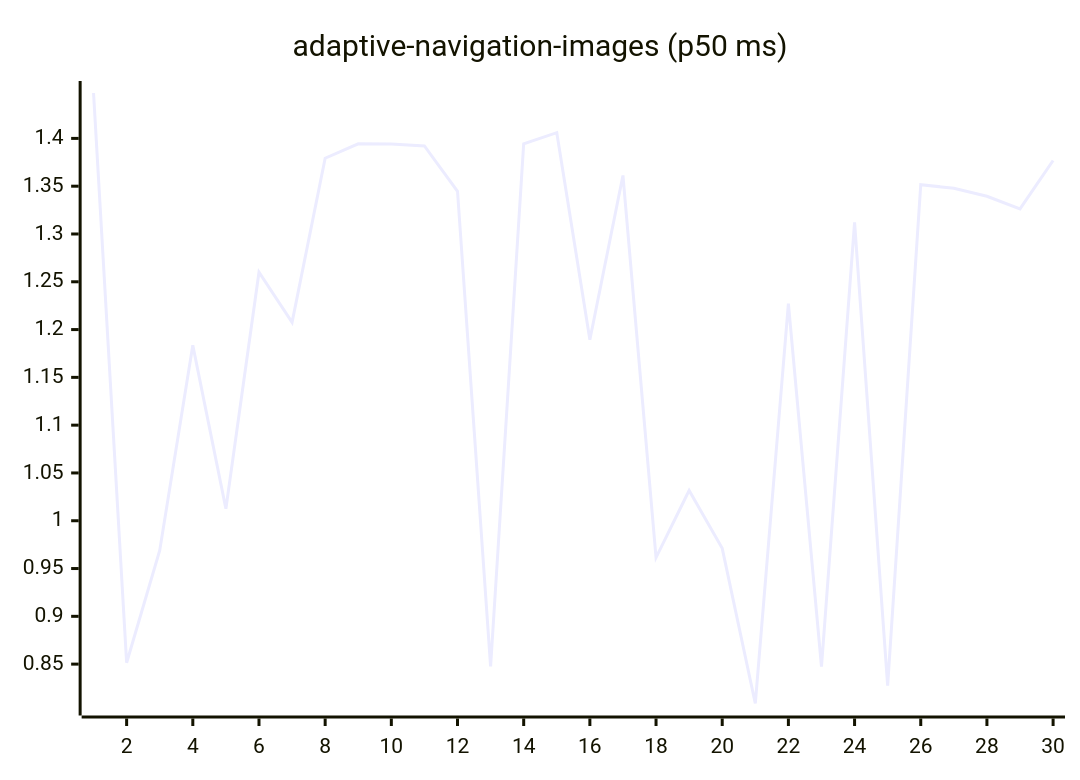
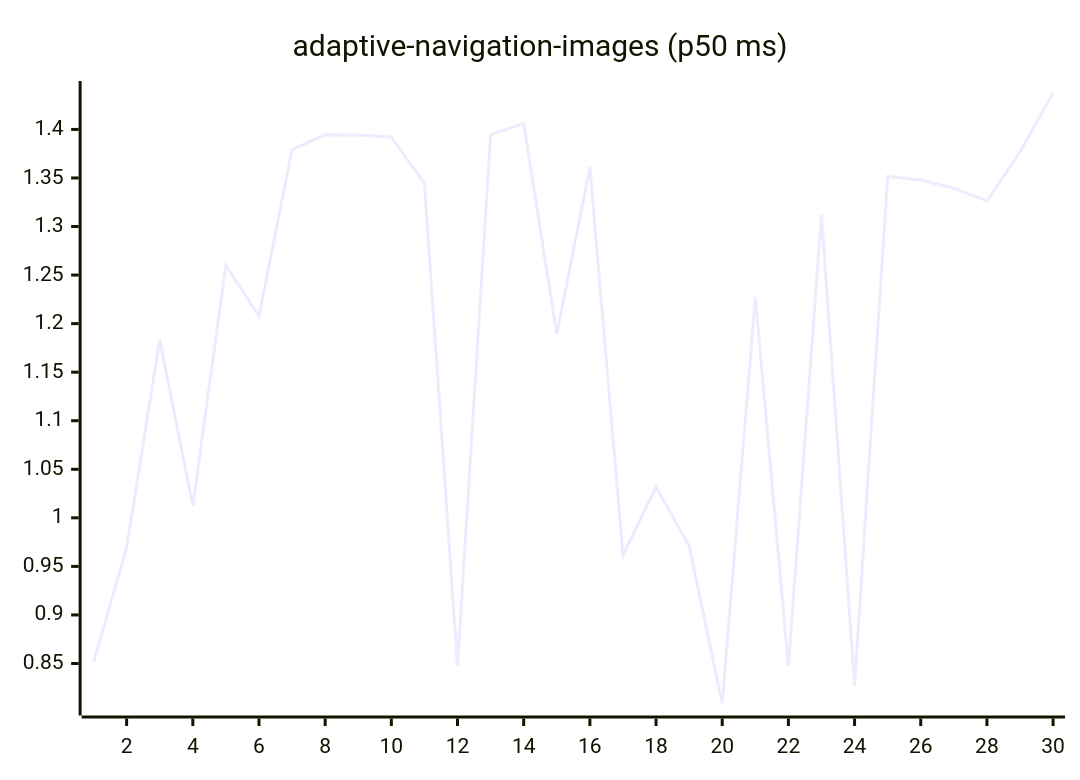
The first of 27 diagrams in README.md (josha/Facet), drawn with Mermaid before and after one commit. The commit also changed other lines of this file and 2 other files, not shown here.

````diff
--- a/README.md
+++ b/README.md
@@ -63,6 +63,6 @@
 ```mermaid
 xychart-beta
     title "adaptive-navigation-images (p50 ms)"
     x-axis 1 --> 30
-    line [1.4475, 0.8514, 0.9690, 1.1835, 1.0125, 1.2600, 1.2076, 1.3793, 1.3944, 1.3942, 1.3921, 1.3447, 0.8475, 1.3944, 1.4060, 1.1893, 1.3612, 0.9615, 1.0317, 0.9711, 0.8088, 1.2271, 0.8473, 1.3121, 0.8274, 1.3515, 1.3479, 1.3395, 1.3263, 1.3769]
+    line [0.8514, 0.9690, 1.1835, 1.0125, 1.2600, 1.2076, 1.3793, 1.3944, 1.3942, 1.3921, 1.3447, 0.8475, 1.3944, 1.4060, 1.1893, 1.3612, 0.9615, 1.0317, 0.9711, 0.8088, 1.2271, 0.8473, 1.3121, 0.8274, 1.3515, 1.3479, 1.3395, 1.3263, 1.3769, 1.4375]
 ```
````
